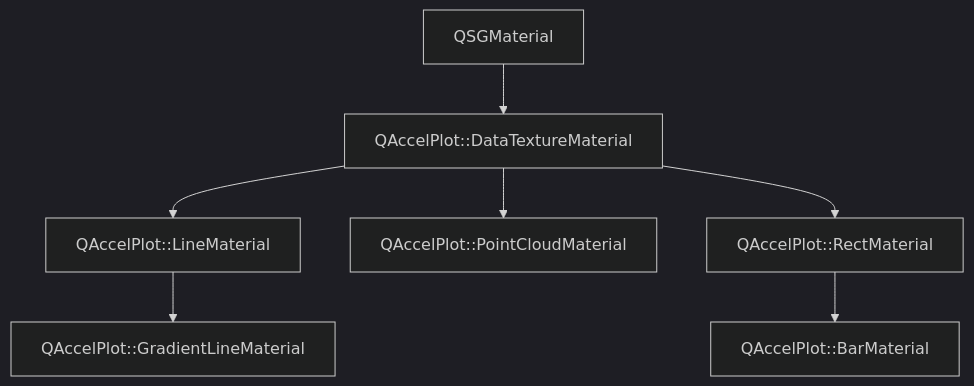
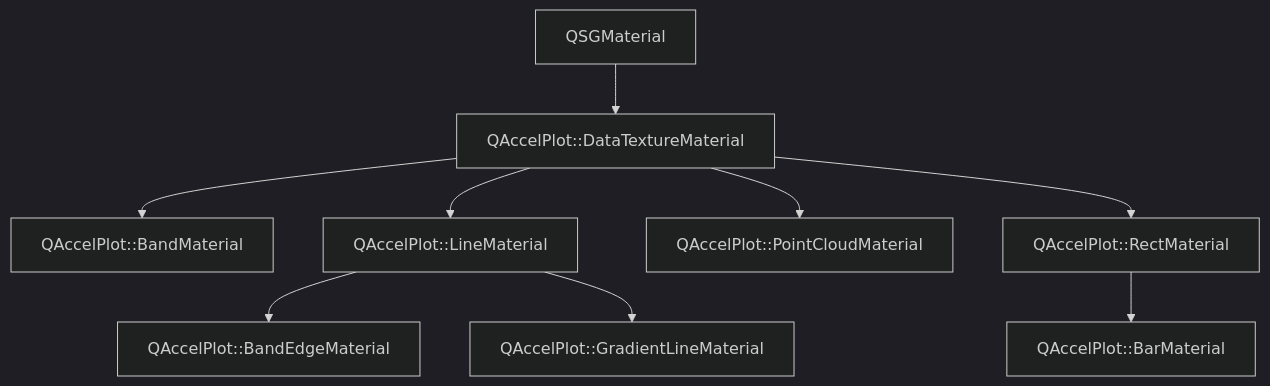
The diagram in main/assets/.doxy/QAccelPlot/api/classQAccelPlot_1_1DataTextureMaterial.md (michalgrabarczyk/QAccelPlot), drawn with Mermaid (dark theme) before and after one commit. The commit also changed other lines of this file and 409 other files, not shown here.

````diff
--- a/main/assets/.doxy/QAccelPlot/api/classQAccelPlot_1_1DataTextureMaterial.md
+++ b/main/assets/.doxy/QAccelPlot/api/classQAccelPlot_1_1DataTextureMaterial.md
@@ -32,28 +32,36 @@
 ```mermaid
 flowchart TB
   classQAccelPlot_1_1DataTextureMaterial["QAccelPlot::DataTextureMaterial"]
 
   external_base_classQAccelPlot_1_1DataTextureMaterial_1["QSGMaterial"]
   external_base_classQAccelPlot_1_1DataTextureMaterial_1 --> classQAccelPlot_1_1DataTextureMaterial
 
+  classQAccelPlot_1_1BandMaterial["QAccelPlot::BandMaterial"]
+  classQAccelPlot_1_1DataTextureMaterial --> classQAccelPlot_1_1BandMaterial
+  click classQAccelPlot_1_1BandMaterial "../classQAccelPlot_1_1BandMaterial/" "Open QAccelPlot::BandMaterial"
+
   classQAccelPlot_1_1LineMaterial["QAccelPlot::LineMaterial"]
   classQAccelPlot_1_1DataTextureMaterial --> classQAccelPlot_1_1LineMaterial
   click classQAccelPlot_1_1LineMaterial "../classQAccelPlot_1_1LineMaterial/" "Open QAccelPlot::LineMaterial"
+
+  classQAccelPlot_1_1BandEdgeMaterial["QAccelPlot::BandEdgeMaterial"]
+  classQAccelPlot_1_1LineMaterial --> classQAccelPlot_1_1BandEdgeMaterial
+  click classQAccelPlot_1_1BandEdgeMaterial "../classQAccelPlot_1_1BandEdgeMaterial/" "Open QAccelPlot::BandEdgeMaterial"
 
   classQAccelPlot_1_1GradientLineMaterial["QAccelPlot::GradientLineMaterial"]
   classQAccelPlot_1_1LineMaterial --> classQAccelPlot_1_1GradientLineMaterial
   click classQAccelPlot_1_1GradientLineMaterial "../classQAccelPlot_1_1GradientLineMaterial/" "Open QAccelPlot::GradientLineMaterial"
 
   classQAccelPlot_1_1PointCloudMaterial["QAccelPlot::PointCloudMaterial"]
   classQAccelPlot_1_1DataTextureMaterial --> classQAccelPlot_1_1PointCloudMaterial
   click classQAccelPlot_1_1PointCloudMaterial "../classQAccelPlot_1_1PointCloudMaterial/" "Open QAccelPlot::PointCloudMaterial"
 
   classQAccelPlot_1_1RectMaterial["QAccelPlot::RectMaterial"]
   classQAccelPlot_1_1DataTextureMaterial --> classQAccelPlot_1_1RectMaterial
   click classQAccelPlot_1_1RectMaterial "../classQAccelPlot_1_1RectMaterial/" "Open QAccelPlot::RectMaterial"
 
   classQAccelPlot_1_1BarMaterial["QAccelPlot::BarMaterial"]
   classQAccelPlot_1_1RectMaterial --> classQAccelPlot_1_1BarMaterial
   click classQAccelPlot_1_1BarMaterial "../classQAccelPlot_1_1BarMaterial/" "Open QAccelPlot::BarMaterial"
 
 ```
````
